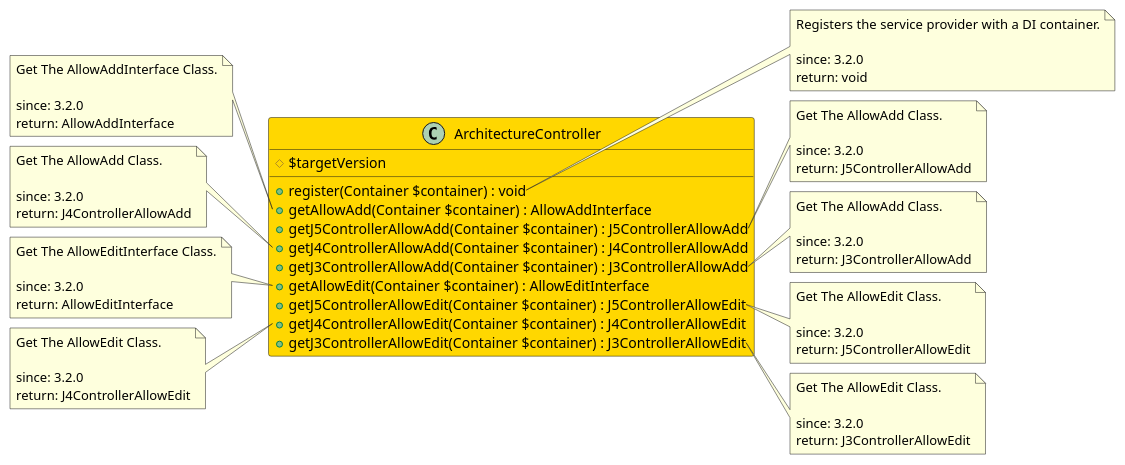
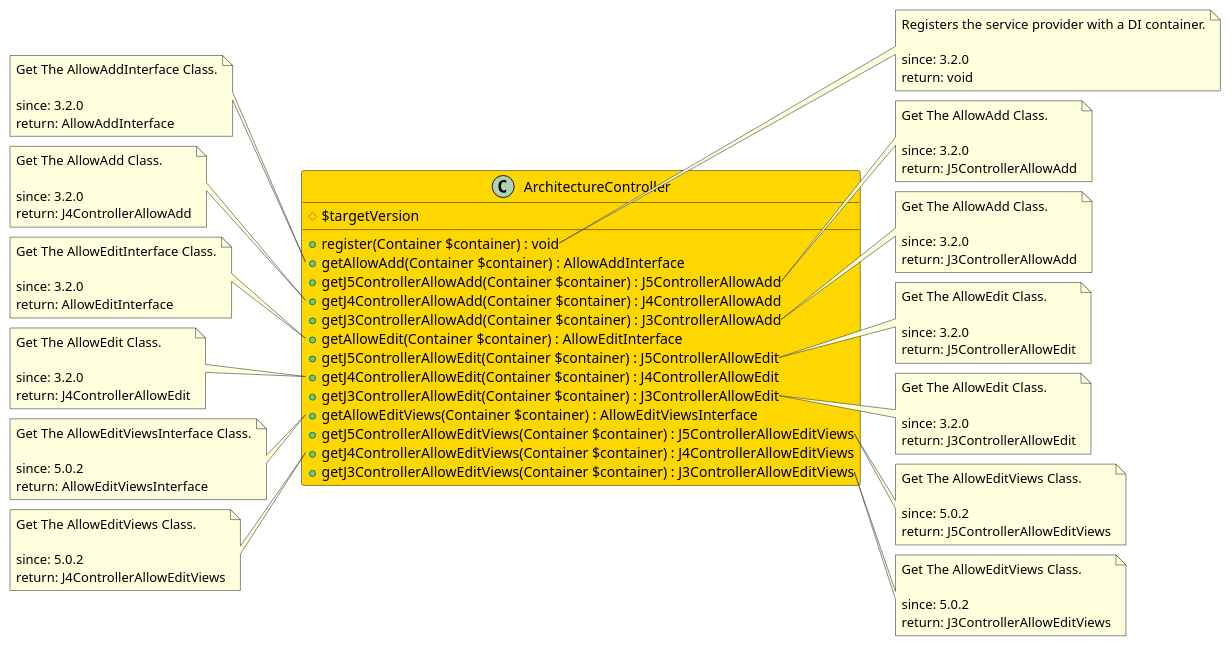
The diagram in src/56ba30f5-a5c4-4c4c-be6f-a56f7f9cbc60/README.md (joomengine/jcb-compiler), drawn with PlantUML before and after one commit. The commit also changed 38 other files, not shown here.

````diff
--- a/src/56ba30f5-a5c4-4c4c-be6f-a56f7f9cbc60/README.md
+++ b/src/56ba30f5-a5c4-4c4c-be6f-a56f7f9cbc60/README.md
@@ -22,6 +22,10 @@
   + getJ5ControllerAllowEdit(Container $container) : J5ControllerAllowEdit
   + getJ4ControllerAllowEdit(Container $container) : J4ControllerAllowEdit
   + getJ3ControllerAllowEdit(Container $container) : J3ControllerAllowEdit
+  + getAllowEditViews(Container $container) : AllowEditViewsInterface
+  + getJ5ControllerAllowEditViews(Container $container) : J5ControllerAllowEditViews
+  + getJ4ControllerAllowEditViews(Container $container) : J4ControllerAllowEditViews
+  + getJ3ControllerAllowEditViews(Container $container) : J3ControllerAllowEditViews
 }
 
 note right of ArchitectureController::register
@@ -86,6 +90,34 @@
   since: 3.2.0
   return: J3ControllerAllowEdit
 end note
+
+note left of ArchitectureController::getAllowEditViews
+  Get The AllowEditViewsInterface Class.
+
+  since: 5.0.2
+  return: AllowEditViewsInterface
+end note
+
+note right of ArchitectureController::getJ5ControllerAllowEditViews
+  Get The AllowEditViews Class.
+
+  since: 5.0.2
+  return: J5ControllerAllowEditViews
+end note
+
+note left of ArchitectureController::getJ4ControllerAllowEditViews
+  Get The AllowEditViews Class.
+
+  since: 5.0.2
+  return: J4ControllerAllowEditViews
+end note
+
+note right of ArchitectureController::getJ3ControllerAllowEditViews
+  Get The AllowEditViews Class.
+
+  since: 5.0.2
+  return: J3ControllerAllowEditViews
+end note
  
 @enduml
 ```
````
